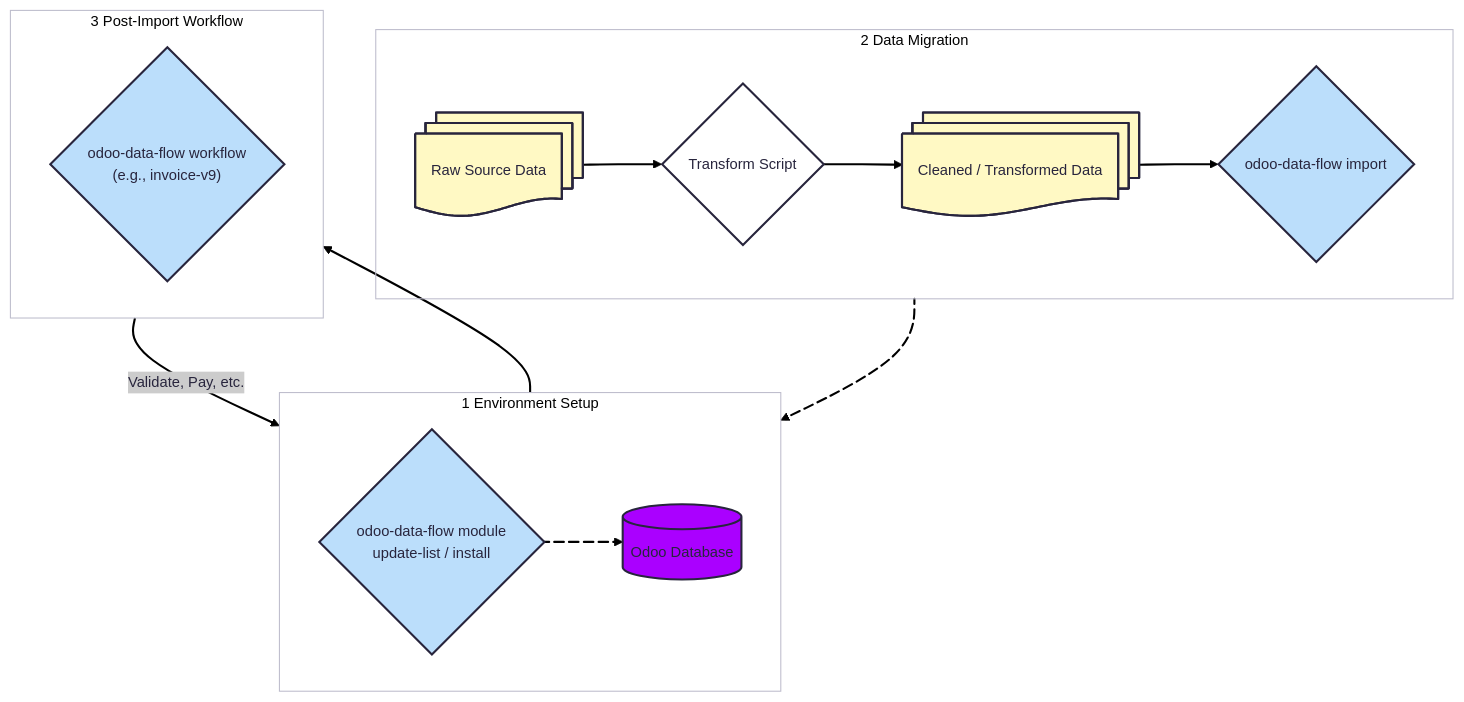
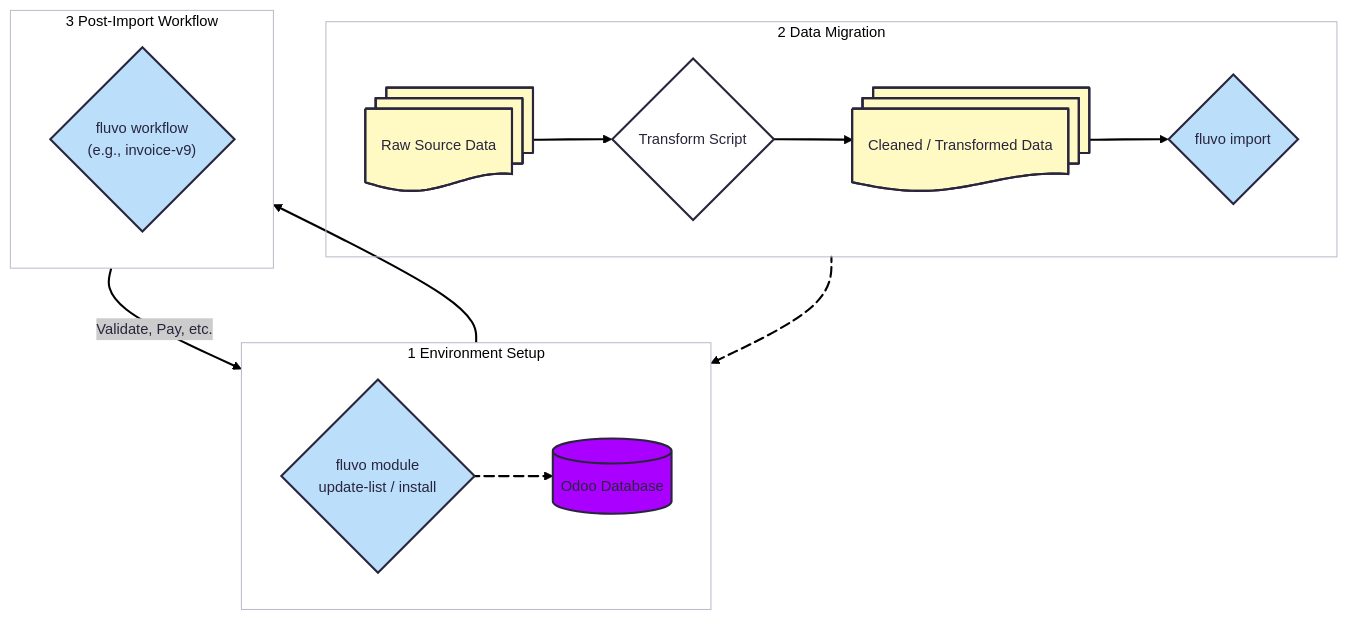
Before and after one commit to GetFluvo/fluvo: the third of 5 diagrams in docs/core_concepts.md, drawn with Mermaid. The commit also changed other lines of this file and 144 other files, not shown here.

Commit message:
Rebrand odoo-data-flow → Fluvo; add LGPL attribution (odoo_csv_import) & CLA

````diff
--- a/docs/core_concepts.md
+++ b/docs/core_concepts.md
@@ -82,44 +82,44 @@
 ```{mermaid}
 ---
 config:
   theme: redux
 ---
 flowchart TD
  subgraph subGraph0["1 Environment Setup"]
     direction LR
         B[("Odoo Database")]
-        A{"odoo-data-flow module<br>update-list / install"}
+        A{"fluvo module<br>update-list / install"}
   end
  subgraph subGraph1["2 Data Migration"]
     direction LR
         D{"Transform Script"}
         C["Raw Source Data"]
         E["Cleaned / Transformed Data"]
-        F{"odoo-data-flow import"}
+        F{"fluvo import"}
   end
  subgraph subGraph2["3 Post-Import Workflow"]
     direction LR
-        G{"odoo-data-flow workflow<br>(e.g., invoice-v9)"}
+        G{"fluvo workflow<br>(e.g., invoice-v9)"}
   end
     A L_A_B_0@--> B
     C --> D
     D --> E
     E --> F
     F L_F_B_0@--> B
     B --> G
     G -- "Validate, Pay, etc." --> B
     C@{ shape: docs}
     E@{ shape: docs}
     style B fill:#AA00FF
     style A fill:#BBDEFB
     style C fill:#FFF9C4
     style E fill:#FFF9C4
     style F fill:#BBDEFB
     style G fill:#BBDEFB
     style subGraph2 fill:transparent
     style subGraph0 fill:transparent
     style subGraph1 fill:transparent
     L_A_B_0@{ animation: slow }
     L_F_B_0@{ animation: slow }
 
 ```
````
